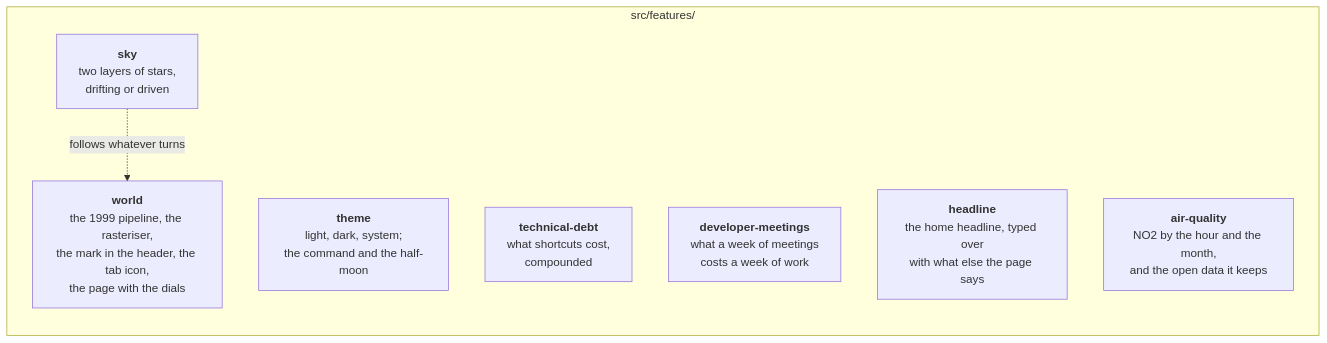
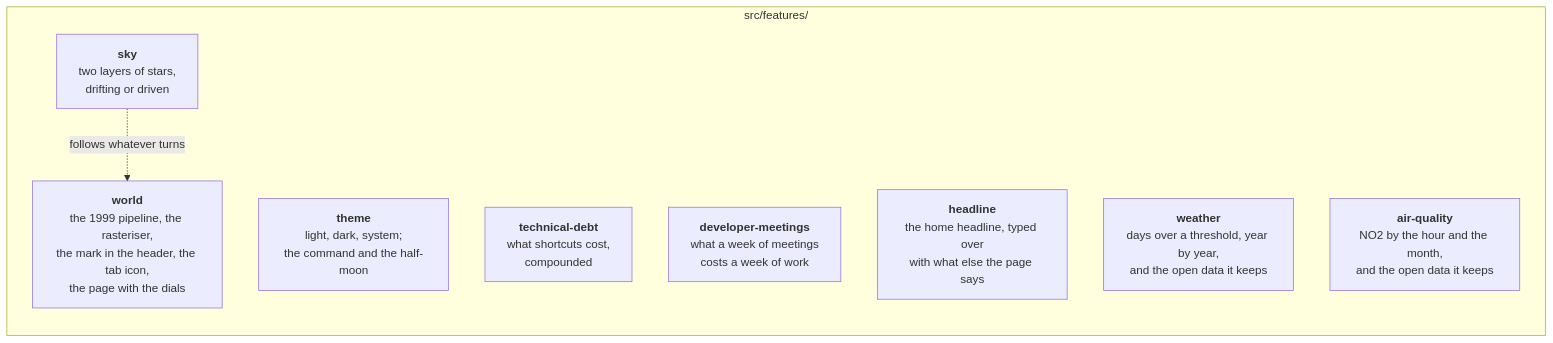
One commit to drpicox/david-rodenas.com changed the second of 6 diagrams in ARCHITECTURE.md. Above: the diagram before and after it, drawn with Mermaid. The commit also changed 19 other files, not shown here.

Commit message:
Weather kept a year at a time: histograms of the daily extremes and the rain at nine stations, checked against the pipeline they came from

````diff
--- a/ARCHITECTURE.md
+++ b/ARCHITECTURE.md
@@ -43,14 +43,15 @@
 ```mermaid
 graph LR
   subgraph fs["src/features/"]
     world["<b>world</b><br/>the 1999 pipeline, the rasteriser,<br/>the mark in the header, the tab icon,<br/>the page with the dials"]
     theme["<b>theme</b><br/>light, dark, system;<br/>the command and the half-moon"]
     sky["<b>sky</b><br/>two layers of stars,<br/>drifting or driven"]
     debt["<b>technical-debt</b><br/>what shortcuts cost,<br/>compounded"]
     meetings["<b>developer-meetings</b><br/>what a week of meetings<br/>costs a week of work"]
     headline["<b>headline</b><br/>the home headline, typed over<br/>with what else the page says"]
+    weather["<b>weather</b><br/>days over a threshold, year by year,<br/>and the open data it keeps"]
     air["<b>air-quality</b><br/>NO2 by the hour and the month,<br/>and the open data it keeps"]
   end
 
   sky -. "follows whatever turns" .-> world
 ```
````
